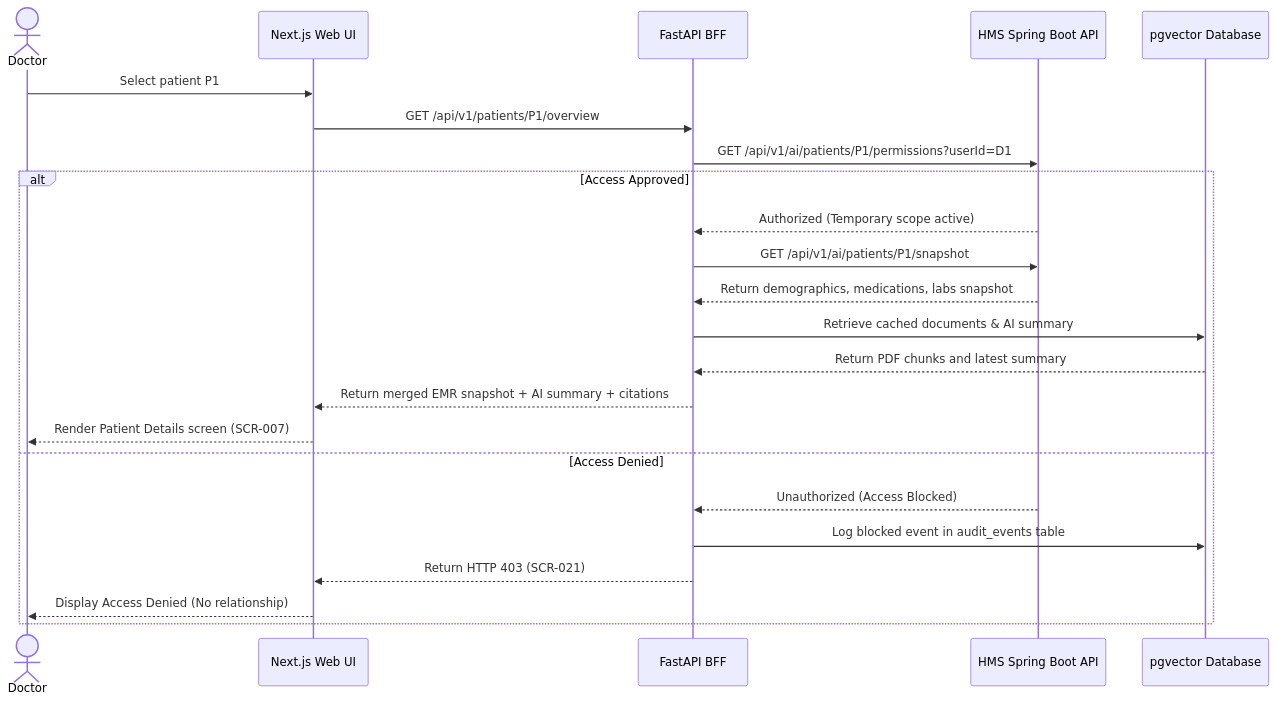
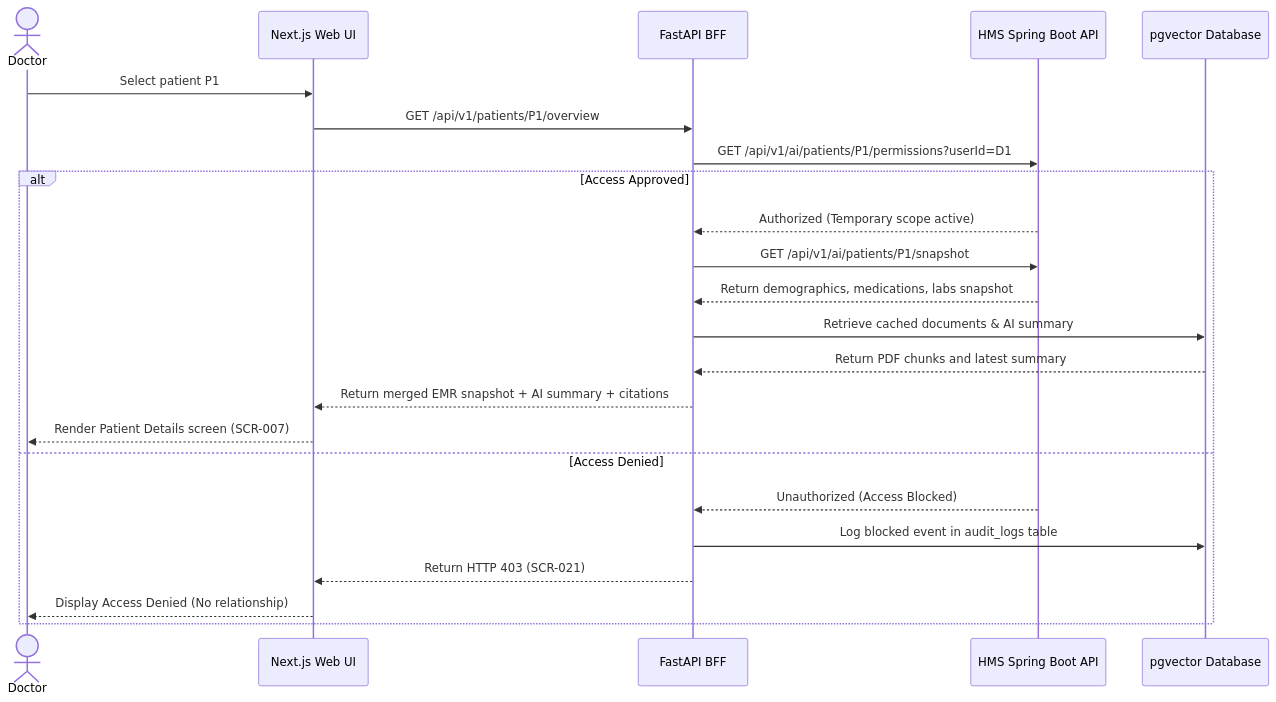
One commit to qwan30/chat-hospital-system changed the second of 2 diagrams in docs/04-architecture/architecture.md. Above: the diagram before and after it, drawn with Mermaid. The commit also changed other lines of this file and 125 other files, not shown here.

````diff
--- a/docs/04-architecture/architecture.md
+++ b/docs/04-architecture/architecture.md
@@ -56,26 +56,26 @@
 ```mermaid
 sequenceDiagram
     actor Doctor
     participant UI as Next.js Web UI
     participant BFF as FastAPI BFF
     participant HMS as HMS Spring Boot API
     participant PG as pgvector Database
 
     Doctor->>UI: Select patient P1
     UI->>BFF: GET /api/v1/patients/P1/overview
     BFF->>HMS: GET /api/v1/ai/patients/P1/permissions?userId=D1
     alt Access Approved
         HMS-->>BFF: Authorized (Temporary scope active)
         BFF->>HMS: GET /api/v1/ai/patients/P1/snapshot
         HMS-->>BFF: Return demographics, medications, labs snapshot
         BFF->>PG: Retrieve cached documents & AI summary
         PG-->>BFF: Return PDF chunks and latest summary
         BFF-->>UI: Return merged EMR snapshot + AI summary + citations
         UI-->>Doctor: Render Patient Details screen (SCR-007)
     else Access Denied
         HMS-->>BFF: Unauthorized (Access Blocked)
-        BFF->>PG: Log blocked event in audit_events table
+        BFF->>PG: Log blocked event in audit_logs table
         BFF-->>UI: Return HTTP 403 (SCR-021)
         UI-->>Doctor: Display Access Denied (No relationship)
     end
 ```
````
